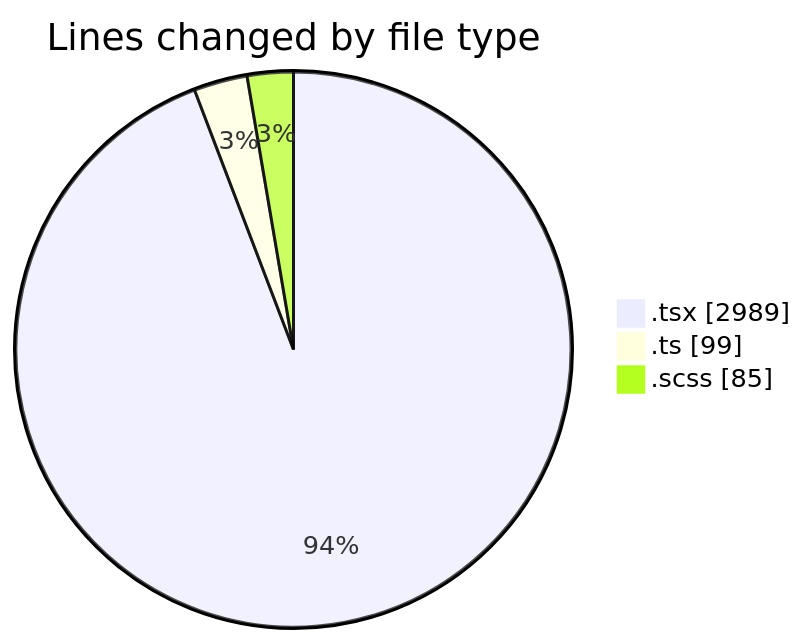
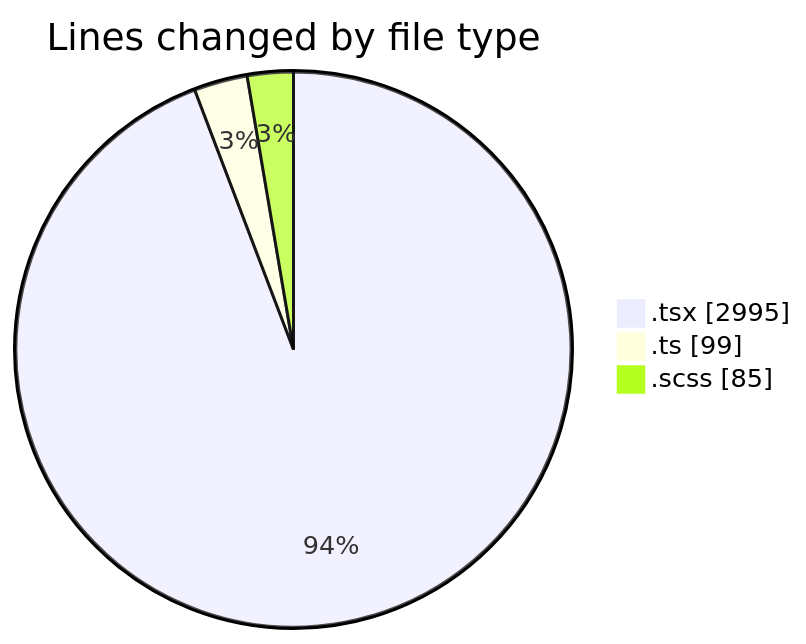
One commit to momahboobian/code-tracking changed the first of 2 diagrams in 2025-02-11/cda/README.md. Above: the diagram before and after it, drawn with Mermaid. The commit also changed other lines of this file and 1 other file, not shown here.

````diff
--- a/2025-02-11/cda/README.md
+++ b/2025-02-11/cda/README.md
@@ -24,7 +24,7 @@
 ```mermaid
 pie showData
 title Lines changed by file type
-".tsx" : 2989
+".tsx" : 2995
 ".ts" : 99
 ".scss" : 85
 ```
````
